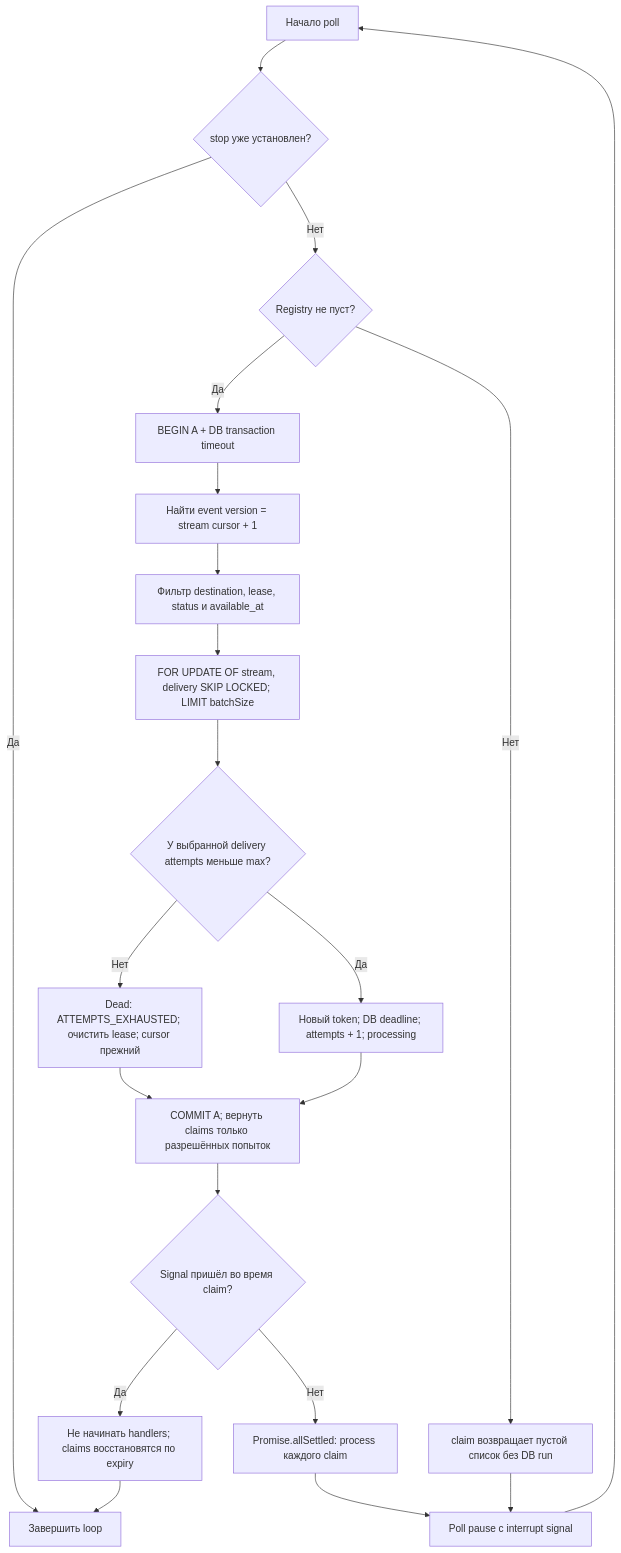
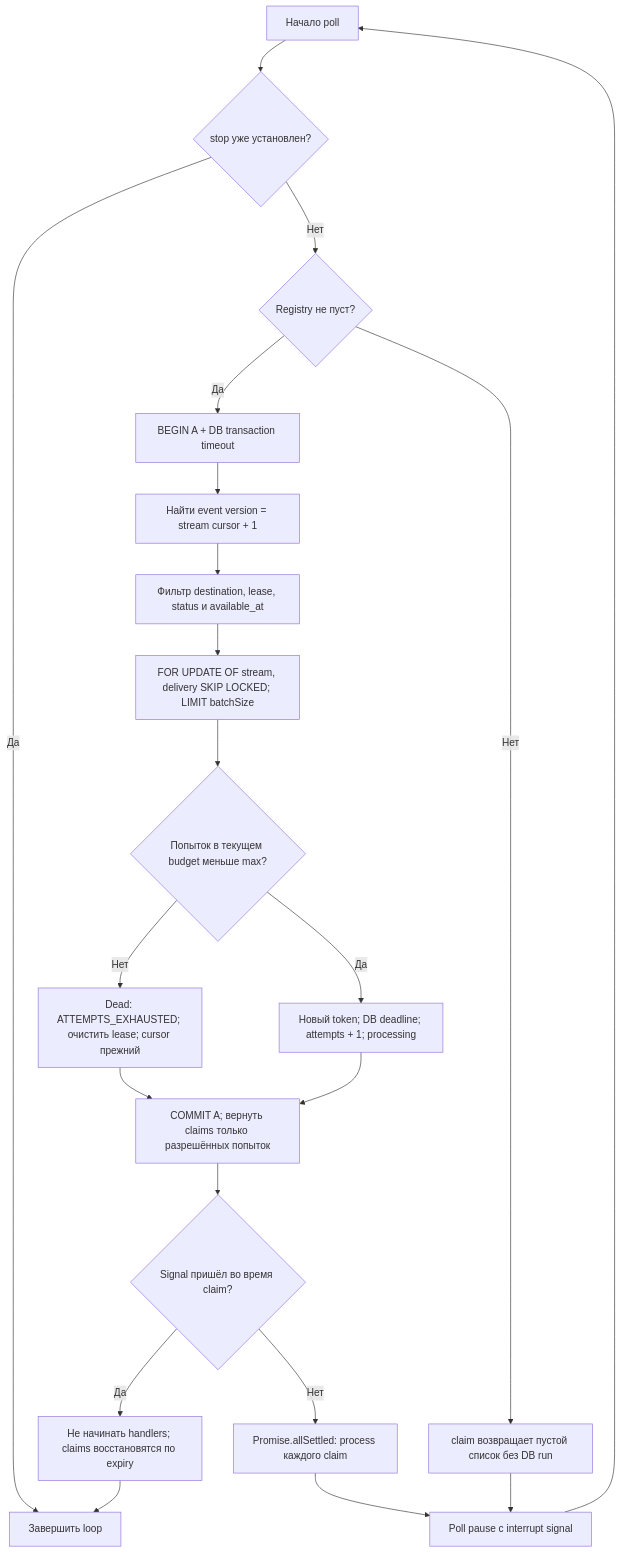
Before and after one commit to alekseishmidko/warehouse-control: the second of 7 diagrams in docs/flows/worker.md, drawn with Mermaid. The commit also changed other lines of this file and 63 other files, not shown here.

````diff
--- a/docs/flows/worker.md
+++ b/docs/flows/worker.md
@@ -59,23 +59,23 @@
 ```mermaid
 flowchart TD
   Poll["Начало poll"] --> Stopped{"stop уже установлен?"}
   Stopped -->|Да| End["Завершить loop"]
   Stopped -->|Нет| Registered{"Registry не пуст?"}
   Registered -->|Нет| Empty["claim возвращает пустой список без DB run"]
   Registered -->|Да| Begin["BEGIN A + DB transaction timeout"]
   Begin --> Select["Найти event version = stream cursor + 1"]
   Select --> Eligible["Фильтр destination, lease, status и available_at"]
   Eligible --> Lock["FOR UPDATE OF stream, delivery SKIP LOCKED; LIMIT batchSize"]
-  Lock --> Budget{"У выбранной delivery attempts меньше max?"}
+  Lock --> Budget{"Попыток в текущем budget меньше max?"}
   Budget -->|Нет| Dead["Dead: ATTEMPTS_EXHAUSTED; очистить lease; cursor прежний"]
   Budget -->|Да| Claim["Новый token; DB deadline; attempts + 1; processing"]
   Dead --> Commit["COMMIT A; вернуть claims только разрешённых попыток"]
   Claim --> Commit
   Commit --> Signal{"Signal пришёл во время claim?"}
   Signal -->|Да| Leave["Не начинать handlers; claims восстановятся по expiry"]
   Leave --> End
   Signal -->|Нет| Batch["Promise.allSettled: process каждого claim"]
   Batch --> Wait["Poll pause с interrupt signal"]
   Empty --> Wait
   Wait --> Poll
 ```
````
